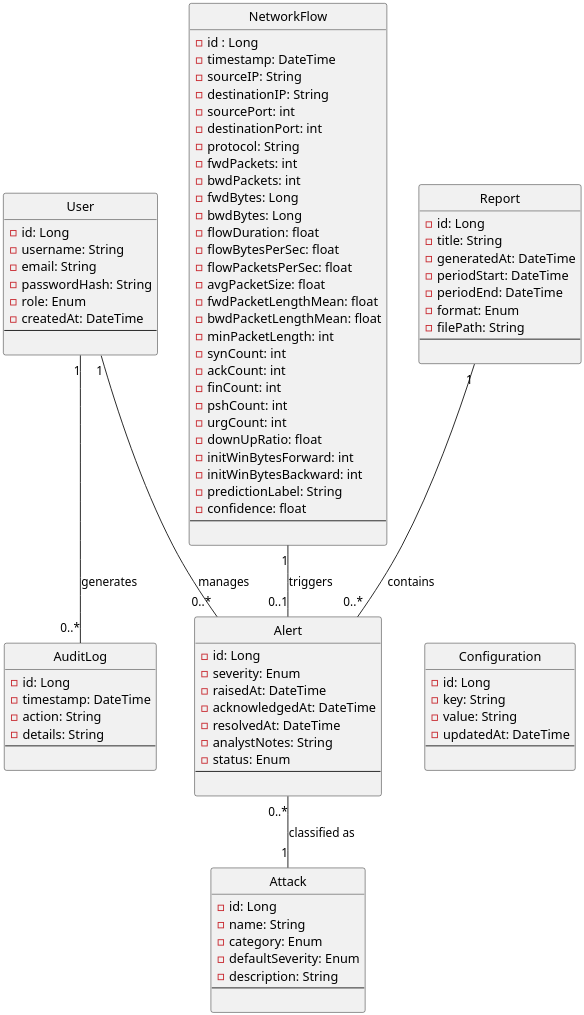
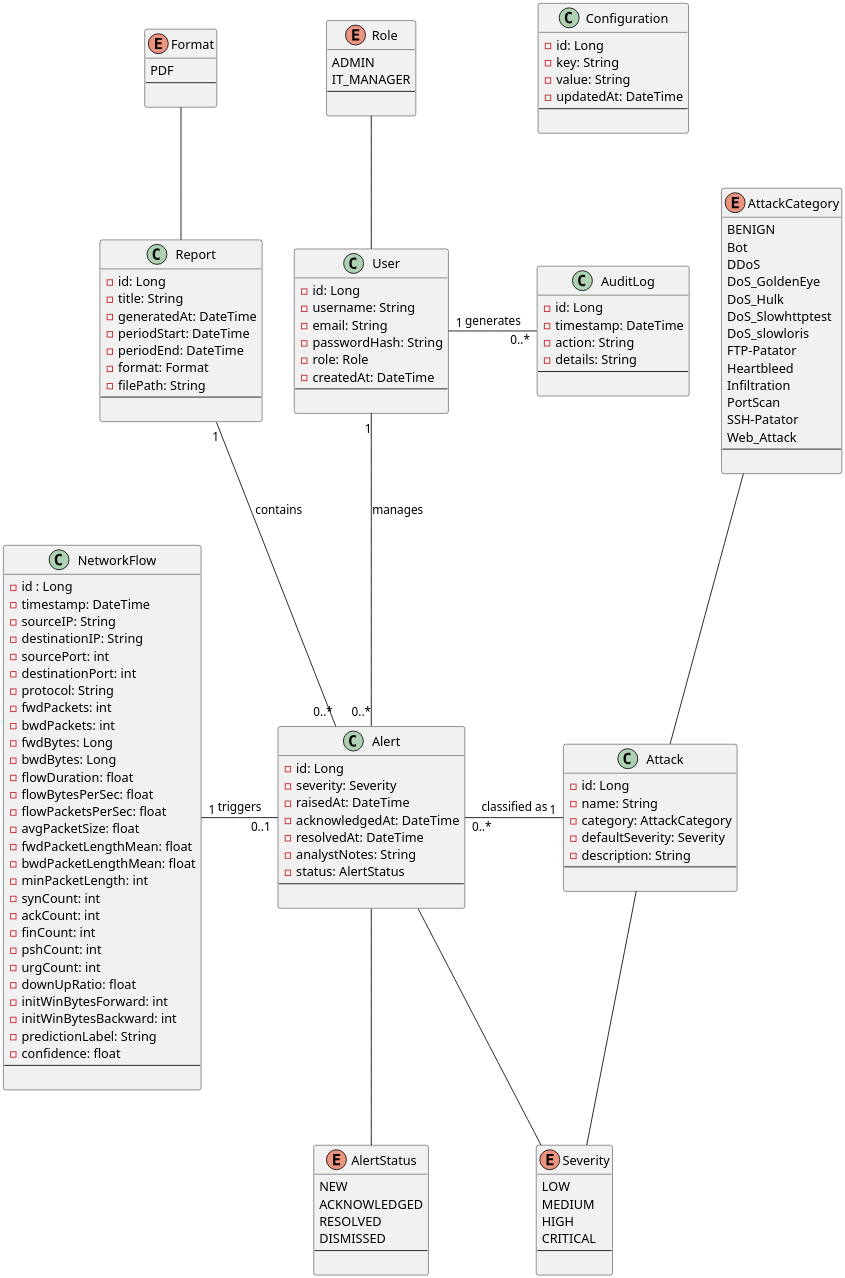
The diagram in diagrams/code/class-diagram1.puml (Amira-BOUAFIF/pfe-nids-report), drawn with PlantUML before and after one commit. The commit also changed 7 other files, not shown here.

Commit message:
diagram and dedications updates

```diff
--- a/diagrams/code/class-diagram1.puml
+++ b/diagrams/code/class-diagram1.puml
@@ -1,121 +1,180 @@
 @startuml class1
 skinparam dpi 300
-hide circle
+
+Enum Role {
+    ADMIN
+    IT_MANAGER
+    --
+
+}
+
+Enum Severity {
+    LOW
+    MEDIUM
+    HIGH
+    CRITICAL
+    --
+
+}
+
+Enum AlertStatus {
+    NEW
+    ACKNOWLEDGED
+    RESOLVED
+    DISMISSED
+    --
+
+}
+
+Enum Format {
+    PDF
+    --
+
+}
+
+Enum AttackCategory {
+    BENIGN
+    Bot
+    DDoS
+    DoS_GoldenEye
+    DoS_Hulk
+    DoS_Slowhttptest
+    DoS_slowloris
+    FTP-Patator
+    Heartbleed
+    Infiltration
+    PortScan
+    SSH-Patator
+    Web_Attack
+    --
+
+}
+
 
 ' Core Classes 
 
 class User {
     - id: Long
     - username: String
     - email: String
     - passwordHash: String
-    - role: Enum
+    - role: Role
     - createdAt: DateTime
     --
 
 }
 
 class Alert {
     - id: Long
-    - severity: Enum
+    - severity: Severity
     - raisedAt: DateTime
     - acknowledgedAt: DateTime
     - resolvedAt: DateTime
     - analystNotes: String
-    - status: Enum
+    - status: AlertStatus
     --
 
 }
 
 class Attack {
     - id: Long
     - name: String
-    - category: Enum
-    - defaultSeverity: Enum
+    - category: AttackCategory
+    - defaultSeverity: Severity
     - description: String
     --
 
 }
 
 class NetworkFlow {
     - id : Long
     - timestamp: DateTime
     - sourceIP: String
     - destinationIP: String
     - sourcePort: int
     - destinationPort: int
     - protocol: String
     - fwdPackets: int
     - bwdPackets: int
     - fwdBytes: Long
     - bwdBytes: Long
     - flowDuration: float
     - flowBytesPerSec: float
     - flowPacketsPerSec: float
     - avgPacketSize: float
     - fwdPacketLengthMean: float
     - bwdPacketLengthMean: float
     - minPacketLength: int
     - synCount: int
     - ackCount: int
     - finCount: int
     - pshCount: int
     - urgCount: int
     - downUpRatio: float
     - initWinBytesForward: int
     - initWinBytesBackward: int
     - predictionLabel: String
     - confidence: float  
     --
 
 }
 
 class AuditLog {
     - id: Long
     - timestamp: DateTime
     - action: String
     - details: String
     --
 
 }
 
 class Report {
     - id: Long
     - title: String
     - generatedAt: DateTime
     - periodStart: DateTime
     - periodEnd: DateTime 
-    - format: Enum
+    - format: Format
     - filePath: String
     --
 
 }
 
 class Configuration {
     - id: Long
     - key: String
     - value: String
     - updatedAt: DateTime
     --
 
 }
 
 ' ─── Class Relationships ──────────────────────────────
 
 ' A flow triggers at most one alert
-NetworkFlow "1"   --  "0..1"  Alert      : triggers 
+NetworkFlow "1"   -right-  "0..1"  Alert      : triggers 
 
 ' An alert is classified as one attack type
-Alert          "0..*"   --  "1"     Attack : classified as 
+Alert          "0..*"   -right-  "1"     Attack : classified as 
 
 ' Admin manages alert status
 User           "1"   --  "0..*"  Alert      : manages 
 
 ' User actions recorded in audit log
-User           "1"   --  "0..*"  AuditLog   : generates
+User           "1"   -right-  "0..*"  AuditLog   : generates
 
 ' Report aggregates alerts over a period
 Report         "1"   --  "0..*"  Alert      : contains 
 
-Report -[hidden]- Configuration
+
+Report -[hidden]right- User
+Attack -up- AttackCategory
+Report -up- Format
+Alert -down- AlertStatus
+Alert -- Severity
+User -up- Role
+Attack -- Severity
+
+AuditLog -[hidden]up- Configuration
+
 @enduml
```
